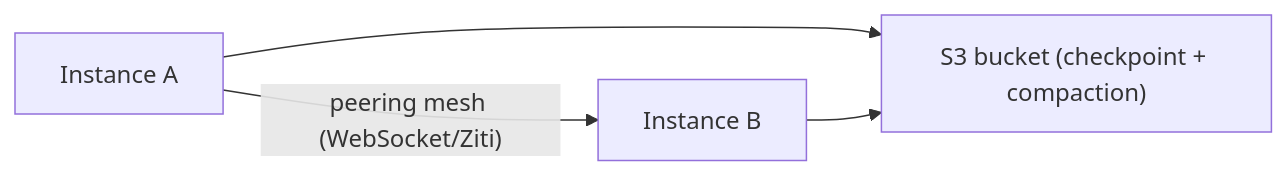
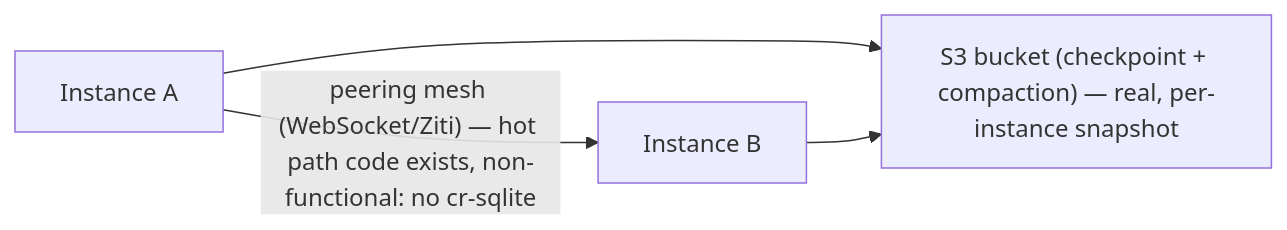
The fifth of 6 diagrams in docs/ARCHITECTURE.md (vul-os/vulos), drawn with Mermaid before and after one commit. The commit also changed other lines of this file and 9 other files, not shown here.

````diff
--- a/docs/ARCHITECTURE.md
+++ b/docs/ARCHITECTURE.md
@@ -264,6 +264,6 @@
 ```mermaid
 flowchart LR
-    A["Instance A"] -->|"peering mesh (WebSocket/Ziti)"| B["Instance B"]
-    A --> S3["S3 bucket (checkpoint + compaction)"]
+    A["Instance A"] -->|"peering mesh (WebSocket/Ziti) — hot path code exists, non-functional: no cr-sqlite"| B["Instance B"]
+    A --> S3["S3 bucket (checkpoint + compaction) — real, per-instance snapshot"]
     B --> S3
 ```
````
